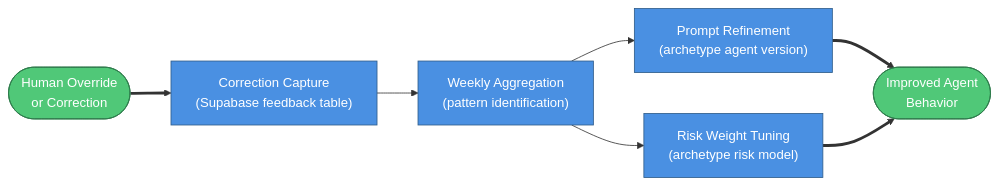
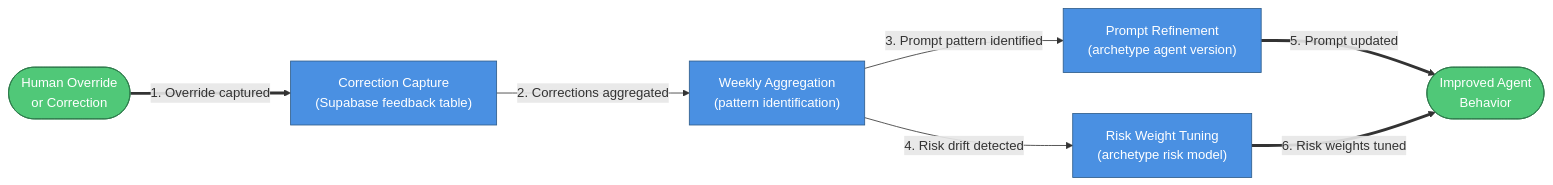
Before and after one commit to viiqswim/dozaldevs-ai-employee: diagram 14 of 15 in docs/2026-03-22-2317-ai-employee-architecture.md, drawn with Mermaid. The commit also changed other lines of this file, not shown here.

Commit message:
docs: add numbered arrows and flow walkthroughs to all diagrams

````diff
--- a/docs/2026-03-22-2317-ai-employee-architecture.md
+++ b/docs/2026-03-22-2317-ai-employee-architecture.md
@@ -1511,19 +1721,19 @@
 ```mermaid
 flowchart LR
     HO(["Human Override\nor Correction"]):::event
     FC["Correction Capture\n(Supabase feedback table)"]:::service
     WA["Weekly Aggregation\n(pattern identification)"]:::service
     PR["Prompt Refinement\n(archetype agent version)"]:::service
     RT["Risk Weight Tuning\n(archetype risk model)"]:::service
     IA(["Improved Agent\nBehavior"]):::event
 
-    HO ==> FC
-    FC --> WA
-    WA --> PR
-    WA --> RT
-    PR ==> IA
-    RT ==> IA
+    HO ==>|"1. Override captured"| FC
+    FC -->|"2. Corrections aggregated"| WA
+    WA -->|"3. Prompt pattern identified"| PR
+    WA -->|"4. Risk drift detected"| RT
+    PR ==>|"5. Prompt updated"| IA
+    RT ==>|"6. Risk weights tuned"| IA
 
     classDef service fill:#4A90E2,stroke:#2E5C8A,color:#fff
     classDef event fill:#50C878,stroke:#2D7A4A,color:#fff
 ```
````
